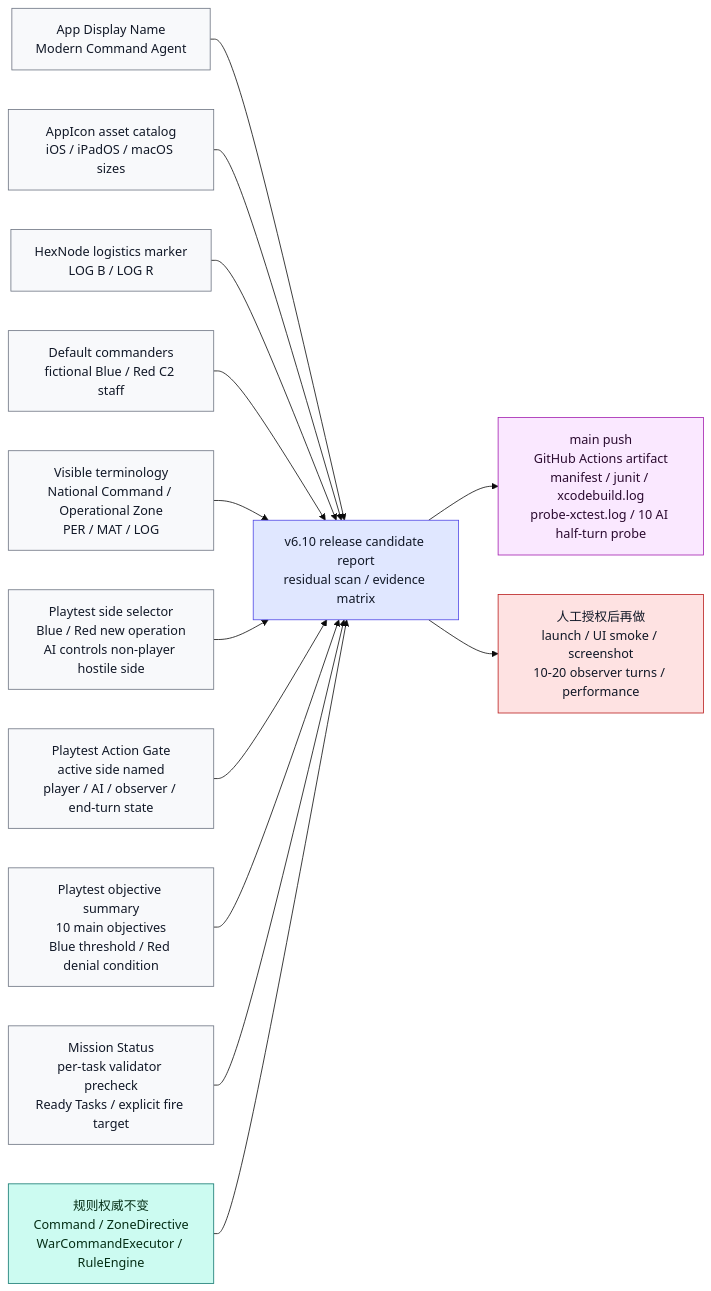
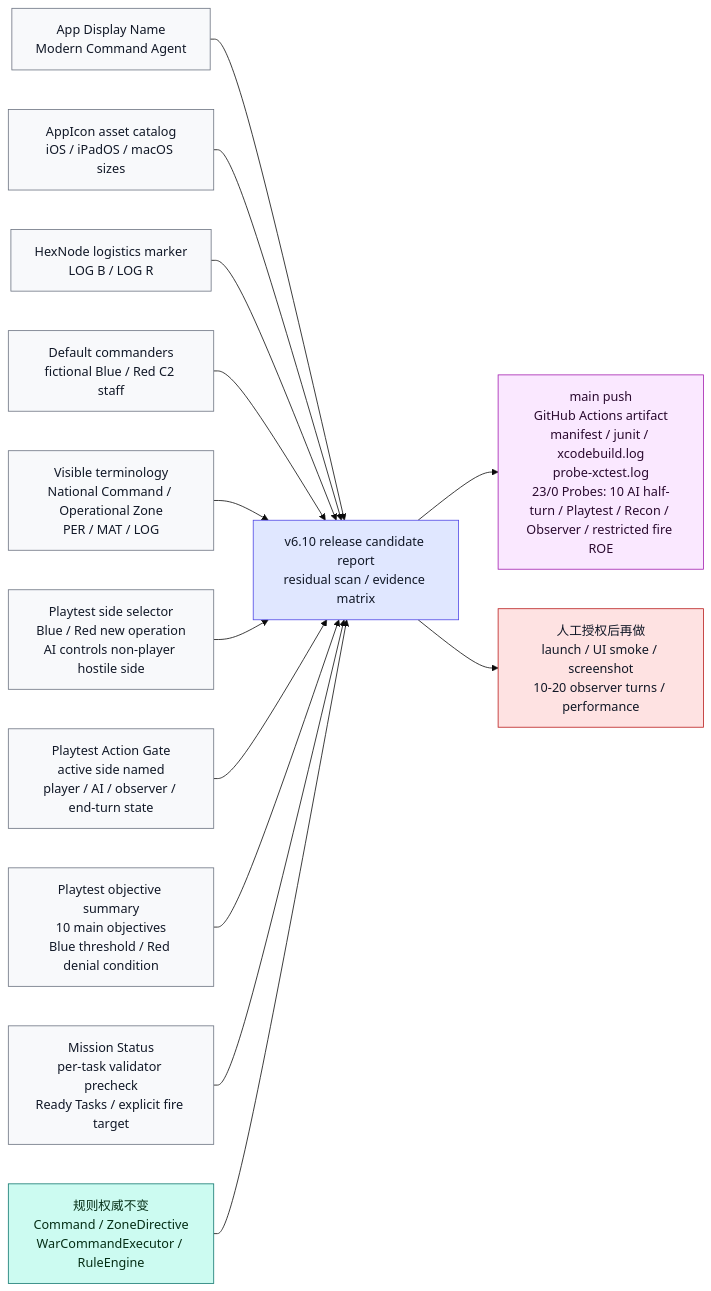
Diagram 12 of 20 in md/flow/flowchart.md (Altman-sam114/127), drawn with Mermaid (base theme) before and after one commit. The commit also changed other lines of this file and 7 other files, not shown here.

````diff
--- a/md/flow/flowchart.md
+++ b/md/flow/flowchart.md
@@ -365,35 +365,35 @@
 ```mermaid
 flowchart LR
     DISPLAY["App Display Name<br/>Modern Command Agent"]:::display
     ICON["AppIcon asset catalog<br/>iOS / iPadOS / macOS sizes"]:::display
     MAP["HexNode logistics marker<br/>LOG B / LOG R"]:::display
     COMMANDERS["Default commanders<br/>fictional Blue / Red C2 staff"]:::display
     TERMS["Visible terminology<br/>National Command / Operational Zone<br/>PER / MAT / LOG"]:::display
     REPORT["v6.10 release candidate report<br/>residual scan / evidence matrix"]:::doc
     RULES["规则权威不变<br/>Command / ZoneDirective<br/>WarCommandExecutor / RuleEngine"]:::rules
-    CLOUD["main push<br/>GitHub Actions artifact<br/>manifest / junit / xcodebuild.log<br/>probe-xctest.log / 10 AI half-turn probe"]:::cloud
+    CLOUD["main push<br/>GitHub Actions artifact<br/>manifest / junit / xcodebuild.log<br/>probe-xctest.log<br/>23/0 Probes: 10 AI half-turn / Playtest / Recon / Observer / restricted fire ROE"]:::cloud
     SIDE["Playtest side selector<br/>Blue / Red new operation<br/>AI controls non-player hostile side"]:::display
     GATE["Playtest Action Gate<br/>active side named<br/>player / AI / observer / end-turn state"]:::display
     OBJ["Playtest objective summary<br/>10 main objectives<br/>Blue threshold / Red denial condition"]:::display
     MISSION["Mission Status<br/>per-task validator precheck<br/>Ready Tasks / explicit fire target"]:::display
     RUNTIME["人工授权后再做<br/>launch / UI smoke / screenshot<br/>10-20 observer turns / performance"]:::risk
 
     DISPLAY --> REPORT
     ICON --> REPORT
     MAP --> REPORT
     COMMANDERS --> REPORT
     TERMS --> REPORT
     SIDE --> REPORT
     GATE --> REPORT
     OBJ --> REPORT
     MISSION --> REPORT
     RULES --> REPORT
     REPORT --> CLOUD
     REPORT --> RUNTIME
 
     classDef display fill:#f8f9fb,stroke:#6b7280,color:#111827
     classDef doc fill:#e0e7ff,stroke:#4f46e5,color:#111827
     classDef rules fill:#ccfbf1,stroke:#0f766e,color:#052e16
     classDef cloud fill:#fae8ff,stroke:#a21caf,color:#2a0a2f
     classDef risk fill:#fee2e2,stroke:#b91c1c,color:#111827
 ```
````
